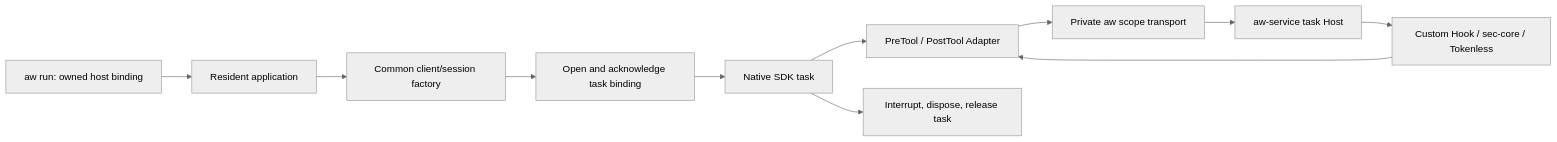
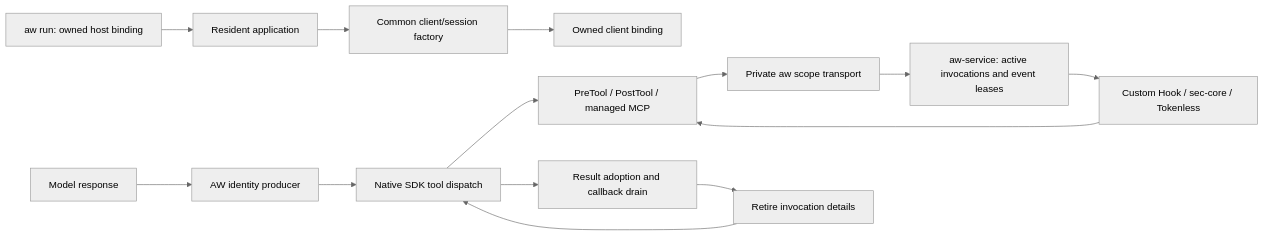
The diagram in src/aw/docs/design/en/adapters/resident-sdk.md (123123213weqw/ANOLISA), drawn with Mermaid (neutral theme) before and after one commit. The commit also changed other lines of this file and 83 other files, not shown here.

````diff
--- a/src/aw/docs/design/en/adapters/resident-sdk.md
+++ b/src/aw/docs/design/en/adapters/resident-sdk.md
@@ -13,13 +14,16 @@
 ```mermaid
 flowchart LR
-  Launch[aw run: owned host binding] --> Worker[Resident application]
+  Run[aw run: owned host binding] --> Worker[Resident application]
   Worker --> Factory[Common client/session factory]
-  Factory --> Scope[Open and acknowledge task binding]
-  Scope --> SDK[Native SDK task]
-  SDK --> Hook[PreTool / PostTool Adapter]
+  Factory --> Scope[Owned client binding]
+  Model[Model response] --> Producer[AW identity producer]
+  Producer --> SDK[Native SDK tool dispatch]
+  SDK --> Hook[PreTool / PostTool / managed MCP]
   Hook --> CLI[Private aw scope transport]
-  CLI --> Service[aw-service task Host]
+  CLI --> Service[aw-service: active invocations and event leases]
   Service --> Provider[Custom Hook / sec-core / Tokenless]
   Provider --> Hook
-  SDK --> Close[Interrupt, dispose, release task]
+  SDK --> Drain[Result adoption and callback drain]
+  Drain --> Retire[Retire invocation details]
+  Retire --> SDK
 ```
````
